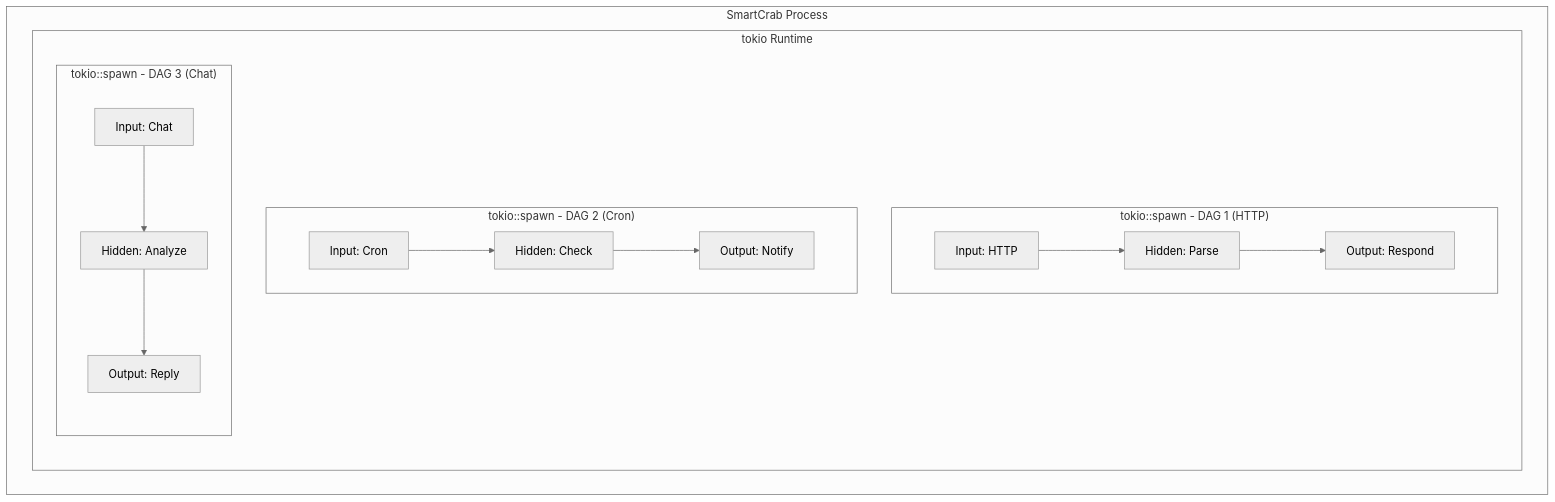
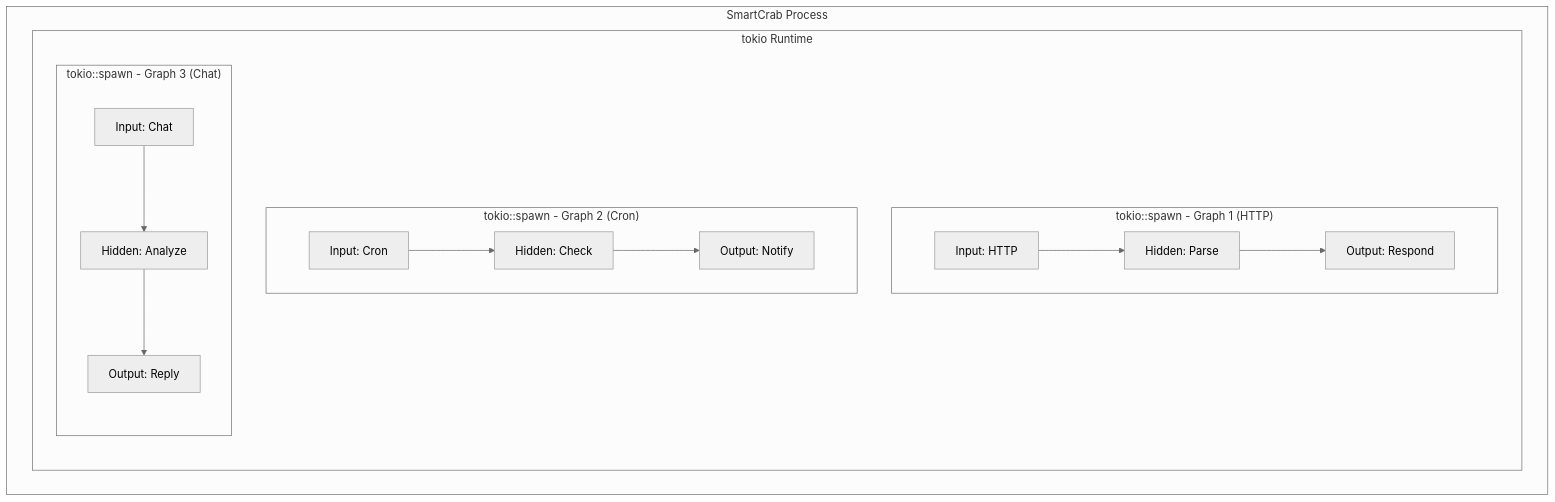
One commit to smartcrabai/smartcrab changed the third of 3 diagrams in docs/design/architecture.md. Above: the diagram before and after it, drawn with Mermaid (neutral theme). The commit also changed other lines of this file and 31 other files, not shown here.

````diff
--- a/docs/design/architecture.md
+++ b/docs/design/architecture.md
@@ -107,19 +109,19 @@
 ```mermaid
 flowchart TB
     subgraph Process["SmartCrab Process"]
         subgraph Runtime["tokio Runtime"]
-            subgraph Task1["tokio::spawn - DAG 1 (HTTP)"]
+            subgraph Task1["tokio::spawn - Graph 1 (HTTP)"]
                 L1[Input: HTTP] --> L2[Hidden: Parse]
                 L2 --> L3[Output: Respond]
             end
-            subgraph Task2["tokio::spawn - DAG 2 (Cron)"]
+            subgraph Task2["tokio::spawn - Graph 2 (Cron)"]
                 L4[Input: Cron] --> L5[Hidden: Check]
                 L5 --> L6[Output: Notify]
             end
-            subgraph Task3["tokio::spawn - DAG 3 (Chat)"]
+            subgraph Task3["tokio::spawn - Graph 3 (Chat)"]
                 L7[Input: Chat] --> L8[Hidden: Analyze]
                 L8 --> L9[Output: Reply]
             end
         end
     end
 ```
````
